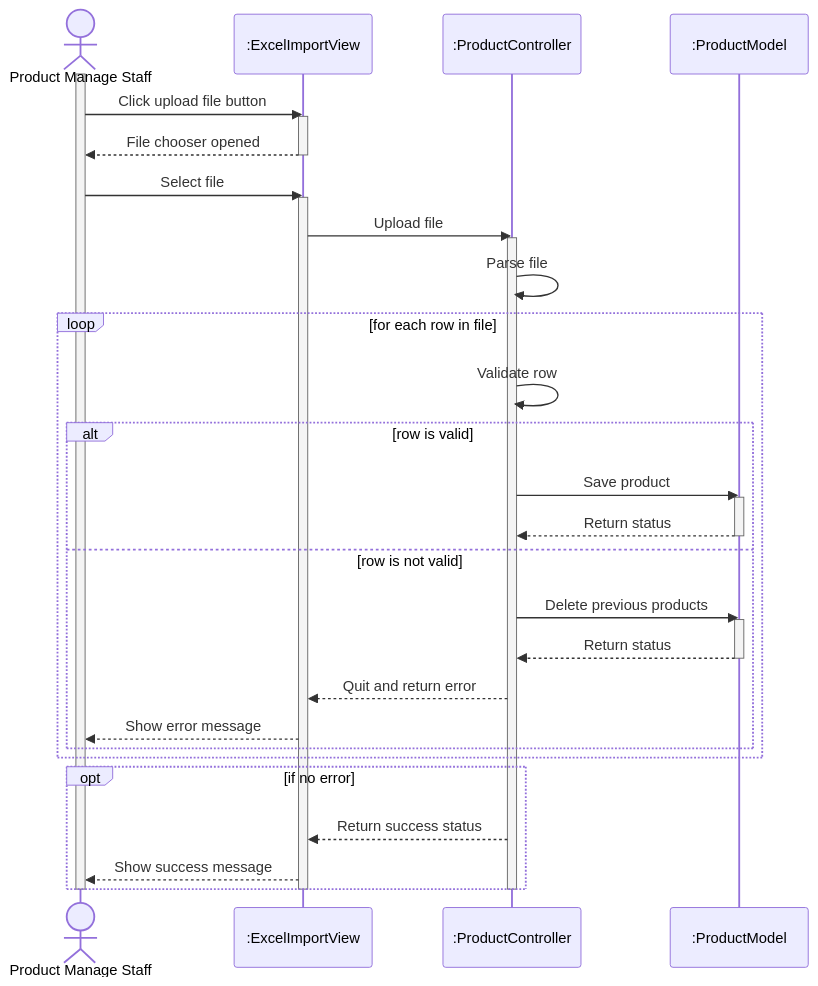
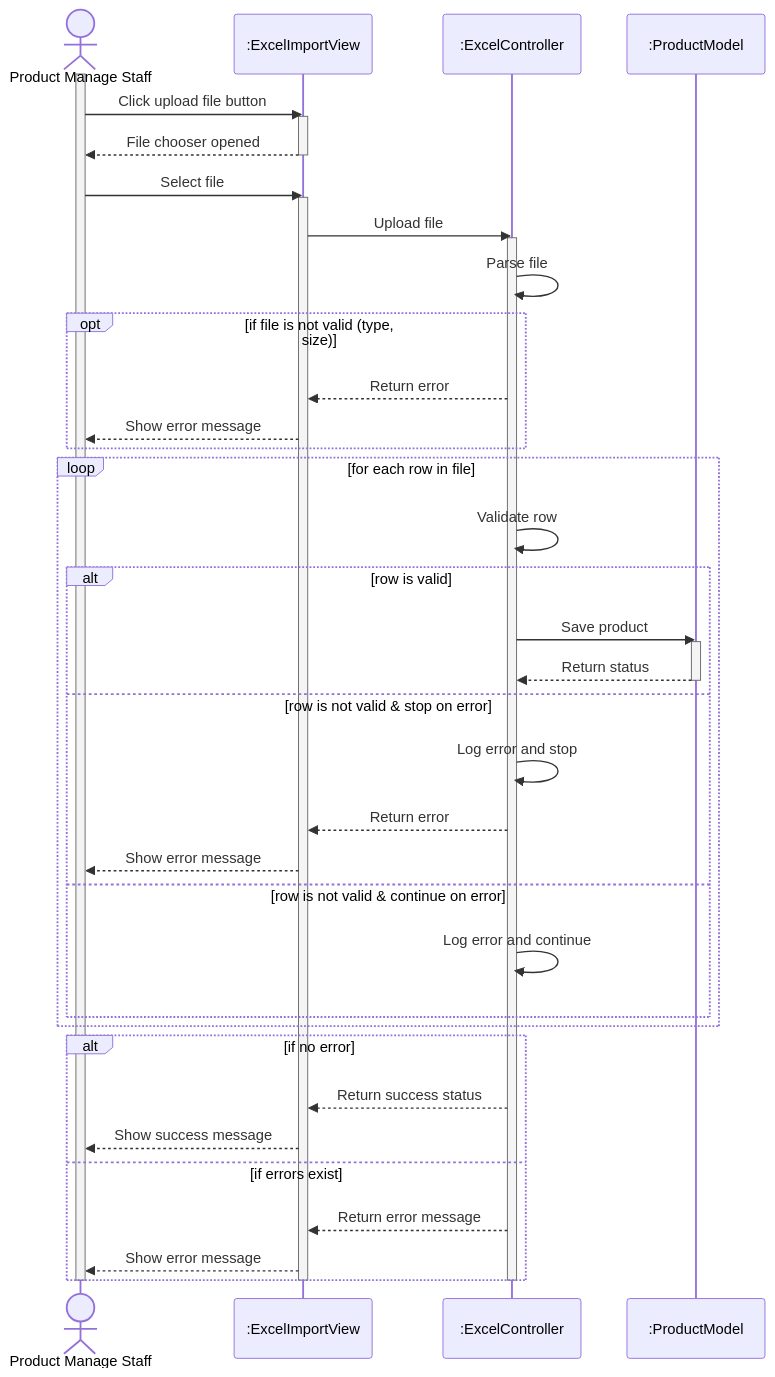
One commit to vanhhhhhhhhhhhh/Warehouse_Management changed the diagram in diagrams/uc_16_import_products_from_excel.mmd. Above: the diagram before and after it, drawn with Mermaid. The commit also changed 7 other files, not shown here.

```diff
--- a/diagrams/uc_16_import_products_from_excel.mmd
+++ b/diagrams/uc_16_import_products_from_excel.mmd
@@ -1,44 +1,52 @@
 sequenceDiagram
     actor S as Product Manage Staff
     participant EIV as :ExcelImportView
-    participant PC as :ProductController
+    participant EIC as :ExcelController
     participant PM as :ProductModel
 
     activate S
     S->>EIV: Click upload file button
     activate EIV
     EIV-->>S: File chooser opened
     deactivate EIV
 
     S->>EIV: Select file
     activate EIV
 
-    EIV->>PC: Upload file
-    activate PC
-    PC->>PC: Parse file
+    EIV->>EIC: Upload file
+    activate EIC
+    EIC->>EIC: Parse file
+    opt if file is not valid (type, size)
+        EIC-->>EIV: Return error
+        EIV-->>S: Show error message
+    end
+
     loop for each row in file
-        PC->>PC: Validate row
+        EIC->>EIC: Validate row
 
         alt row is valid
-            PC->>PM: Save product
+            EIC->>PM: Save product
             activate PM
-            PM-->>PC: Return status
+            PM-->>EIC: Return status
             deactivate PM
-        else row is not valid
-            PC->>PM: Delete previous products
-            activate PM
-            PM-->>PC: Return status
-            deactivate PM
-            PC-->>EIV: Quit and return error
+        else row is not valid & stop on error
+            EIC->>EIC: Log error and stop
+            EIC-->>EIV: Return error
             EIV-->>S: Show error message
+        else row is not valid & continue on error
+            EIC->>EIC: Log error and continue
         end
     end
 
-    opt if no error
-        PC-->>EIV: Return success status
+    alt if no error
+        EIC-->>EIV: Return success status
         EIV-->>S: Show success message
+    else if errors exist
+        EIC-->>EIV: Return error message
+        EIV-->>S: Show error message
     end
-    deactivate PC
+
+    deactivate EIC
 
     deactivate EIV
     deactivate S
```
